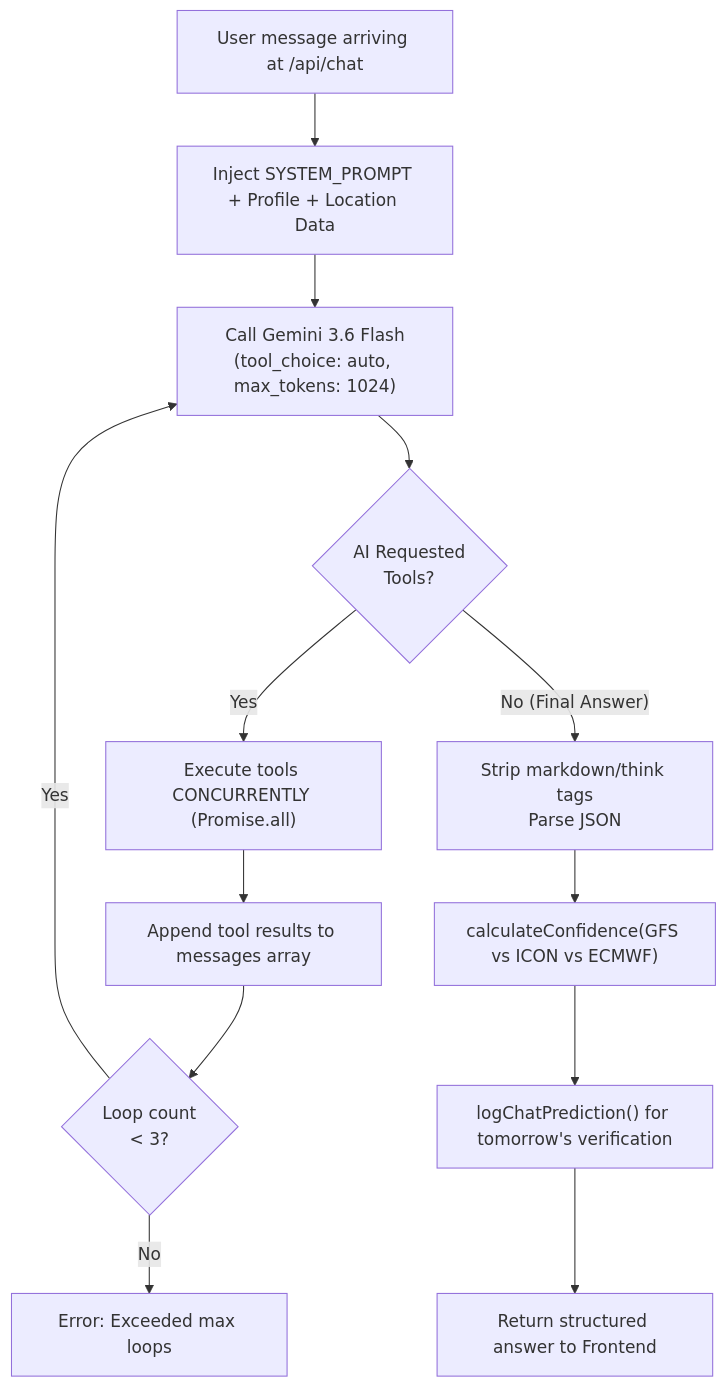
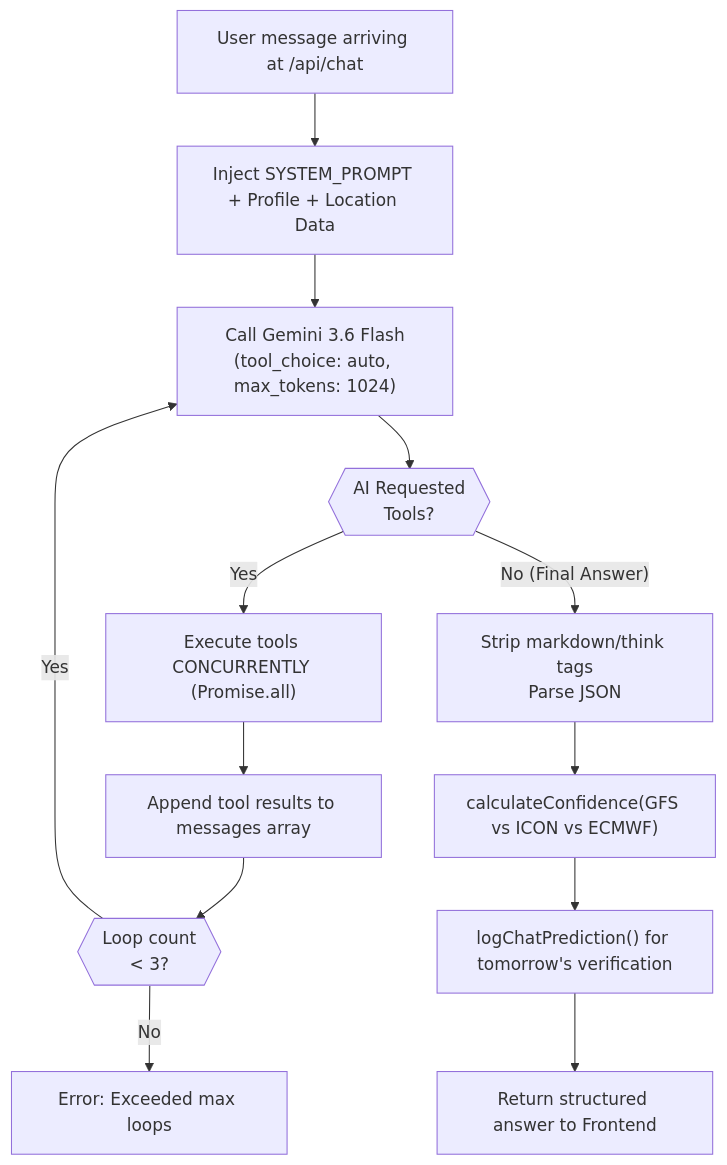
One commit to omcodes16/make-to-win changed the second of 9 diagrams in README.md. Above: the diagram before and after it, drawn with Mermaid. The commit also changed other lines of this file and 32 other files, not shown here.

Commit message:
feat: add saved chats, accuracy sidebar, NWP visualizer; update README with full website flowchart & feature docs

````diff
--- a/README.md
+++ b/README.md
@@ -119,18 +281,18 @@
 ```mermaid
 flowchart TD
     Start["User message arriving at /api/chat"] --> BuildPrompt["Inject SYSTEM_PROMPT + Profile + Location Data"]
     BuildPrompt --> CallAI["Call Gemini 3.6 Flash\n(tool_choice: auto, max_tokens: 1024)"]
-    CallAI --> ToolCheck{"AI Requested\nTools?"}
-    
+    CallAI --> ToolCheck{{"AI Requested\nTools?"}}
+
     ToolCheck -- "Yes" --> ExecTools["Execute tools CONCURRENTLY (Promise.all)"]
     ExecTools --> Append["Append tool results to messages array"]
-    Append --> LoopCheck{"Loop count\n< 3?"}
-    
+    Append --> LoopCheck{{"Loop count\n< 3?"}}
+
     LoopCheck -- "Yes" --> CallAI
     LoopCheck -- "No" --> Error["Error: Exceeded max loops"]
-    
+
     ToolCheck -- "No (Final Answer)" --> Clean["Strip markdown/think tags\nParse JSON"]
     Clean --> Conf["calculateConfidence(GFS vs ICON vs ECMWF)"]
     Conf --> Log["logChatPrediction() for tomorrow's verification"]
     Log --> Return["Return structured answer to Frontend"]
 ```
````
